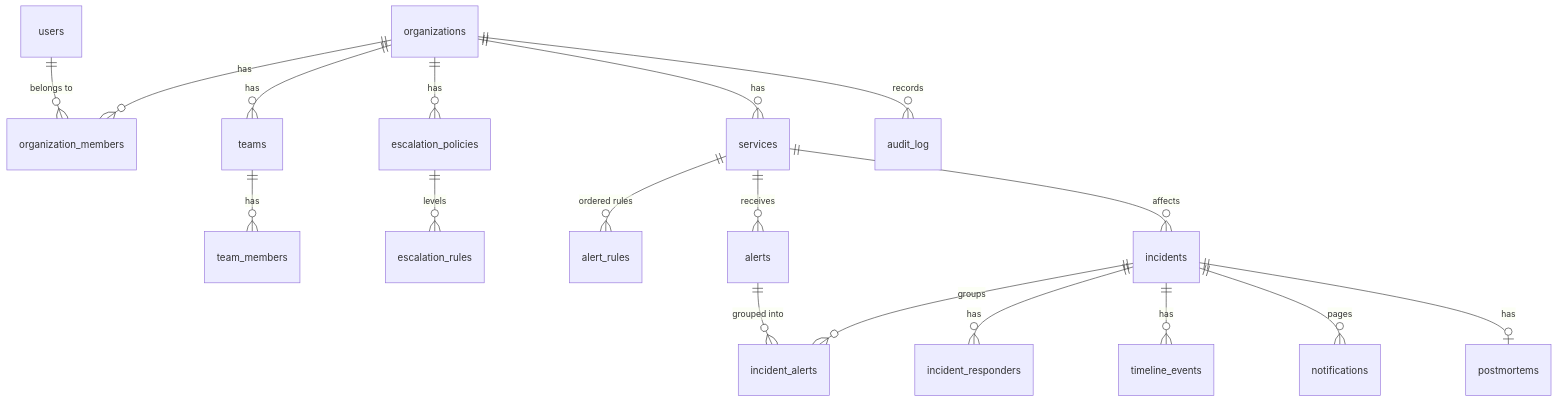
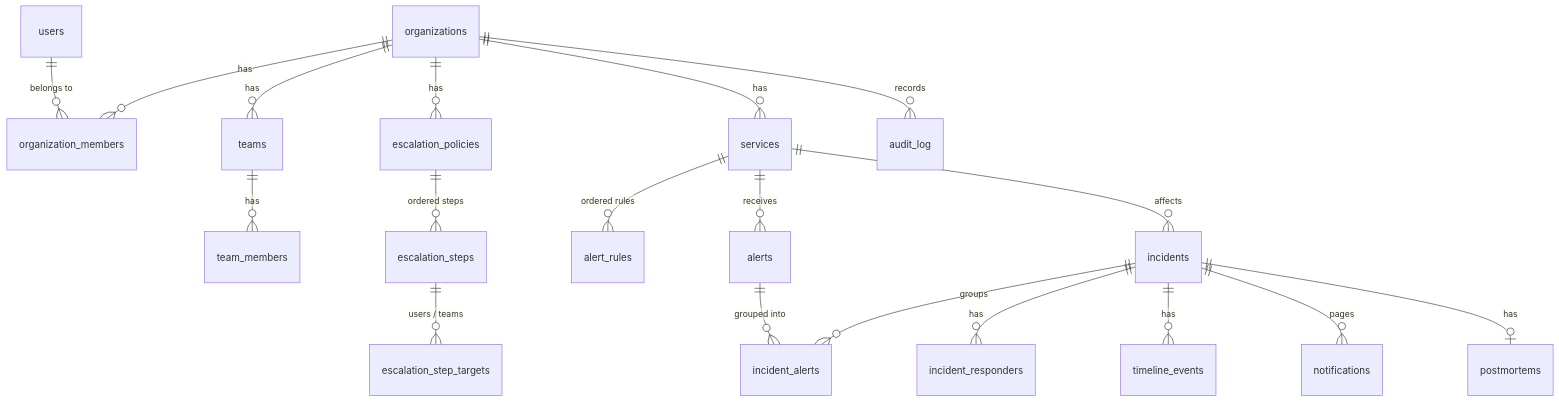
One commit to kgiannopoulou/incident-response-platform changed the diagram in README.md. Above: the diagram before and after it, drawn with Mermaid. The commit also changed other lines of this file and 21 other files, not shown here.

Commit message:
Phase 11: escalation policies with ordered steps, user/team targets and a policy editor

````diff
--- a/README.md
+++ b/README.md
@@ -237,20 +240,21 @@
 ```mermaid
 erDiagram
   organizations ||--o{ organization_members : has
   users ||--o{ organization_members : "belongs to"
   organizations ||--o{ teams : has
   teams ||--o{ team_members : has
   organizations ||--o{ escalation_policies : has
-  escalation_policies ||--o{ escalation_rules : "levels"
+  escalation_policies ||--o{ escalation_steps : "ordered steps"
+  escalation_steps ||--o{ escalation_step_targets : "users / teams"
   organizations ||--o{ services : has
   services ||--o{ alert_rules : "ordered rules"
   services ||--o{ alerts : receives
   services ||--o{ incidents : affects
   incidents ||--o{ incident_alerts : groups
   alerts ||--o{ incident_alerts : "grouped into"
   incidents ||--o{ incident_responders : has
   incidents ||--o{ timeline_events : has
   incidents ||--o{ notifications : pages
   incidents ||--o| postmortems : has
   organizations ||--o{ audit_log : records
 ```
````
